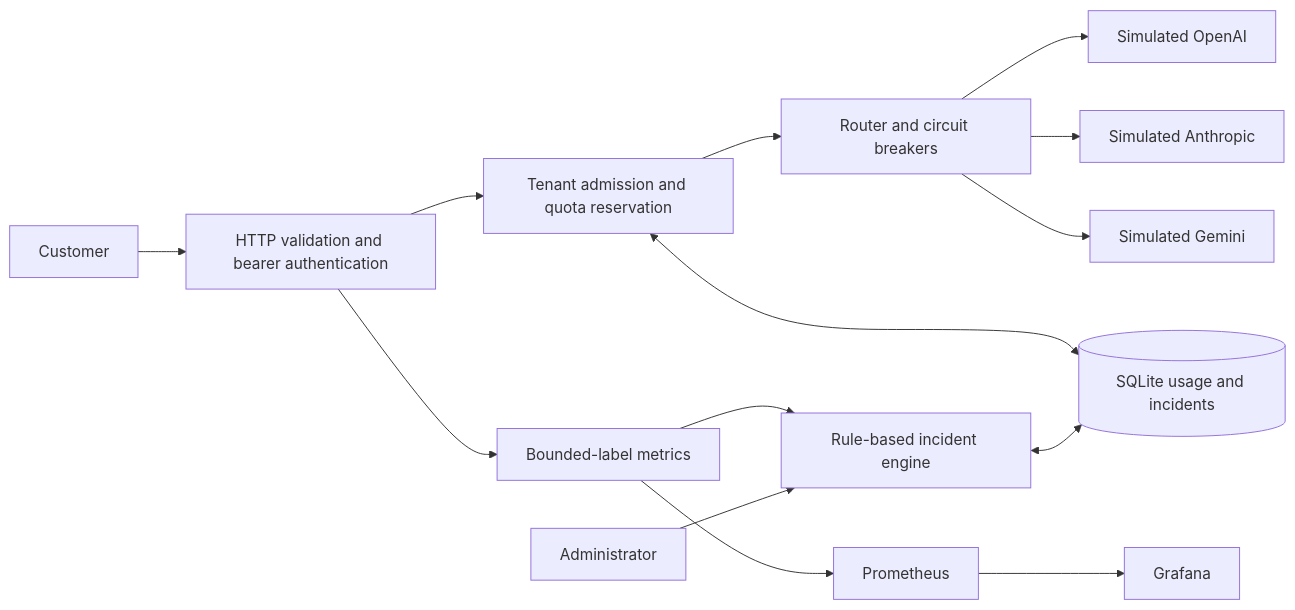
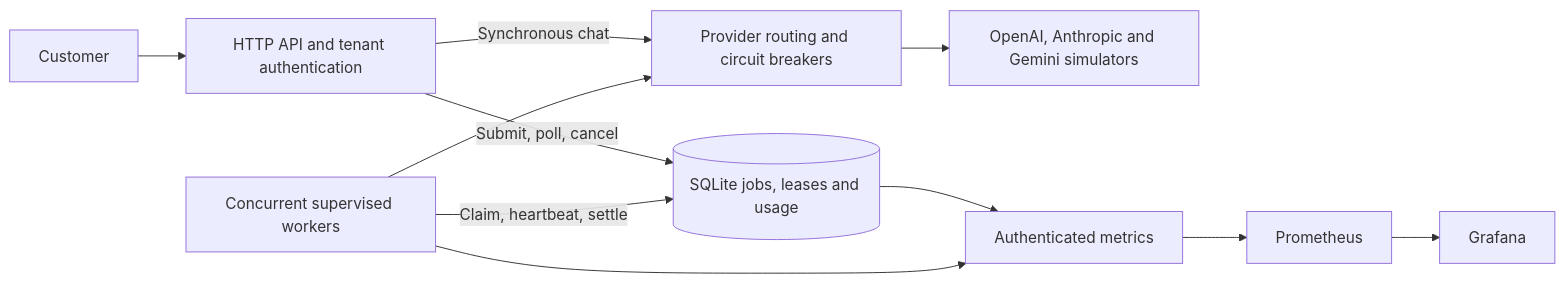
One commit to yugandhar99/AI-Gateway-Reliability-Platform changed the diagram in README.md. Above: the diagram before and after it, drawn with Mermaid. The commit also changed other lines of this file and 19 other files, not shown here.

````diff
--- a/README.md
+++ b/README.md
@@ -39,16 +18,13 @@
 ```mermaid
 flowchart LR
-  C[Customer] --> H[HTTP validation and bearer authentication]
-  H --> Q[Tenant admission and quota reservation]
-  Q --> R[Router and circuit breakers]
-  R --> O[Simulated OpenAI]
-  R --> A[Simulated Anthropic]
-  R --> G[Simulated Gemini]
-  Q <--> DB[(SQLite usage and incidents)]
-  H --> M[Bounded-label metrics]
-  M --> P[Prometheus]
-  P --> F[Grafana]
-  M --> I[Rule-based incident engine]
-  I <--> DB
-  U[Administrator] --> I
+    Client[Customer] --> API[HTTP API and tenant authentication]
+    API -->|Submit, poll, cancel| DB[(SQLite jobs, leases and usage)]
+    API -->|Synchronous chat| Router[Provider routing and circuit breakers]
+    Workers[Concurrent supervised workers] -->|Claim, heartbeat, settle| DB
+    Workers --> Router
+    Router --> Sim[OpenAI, Anthropic and Gemini simulators]
+    DB --> Metrics[Authenticated metrics]
+    Workers --> Metrics
+    Metrics --> Prom[Prometheus]
+    Prom --> Grafana[Grafana]
 ```
````
